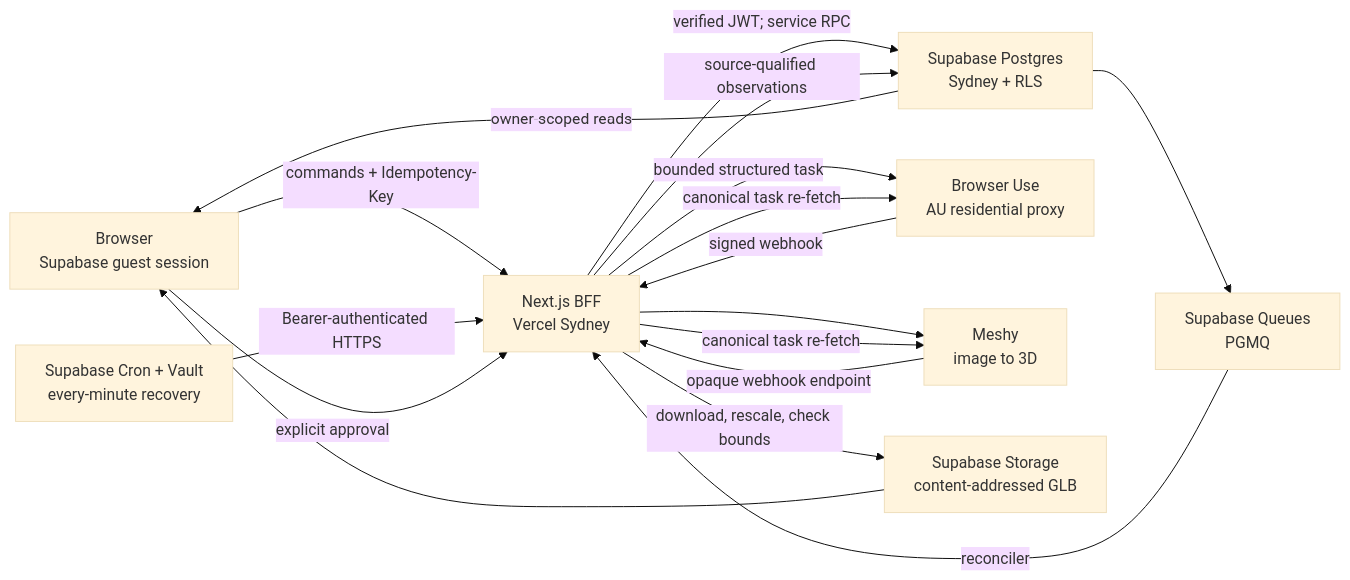
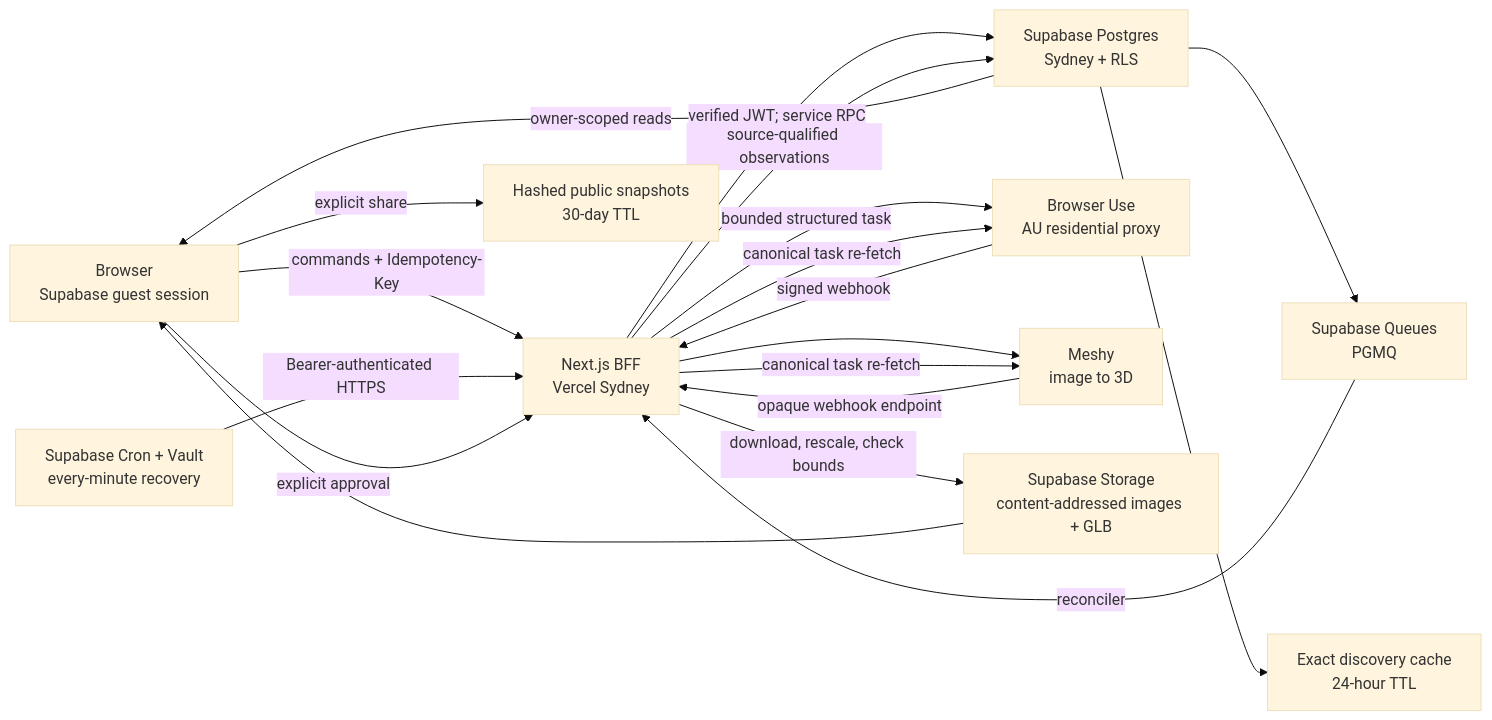
The first of 2 diagrams in docs/live-search-backend.md (tuilachit/nighthackathon), drawn with Mermaid (base theme) before and after one commit. The commit also changed other lines of this file and 81 other files, not shown here.

````diff
--- a/docs/live-search-backend.md
+++ b/docs/live-search-backend.md
@@ -9,28 +12,32 @@
 ```mermaid
 flowchart LR
   Phone["Browser\nSupabase guest session"]
   BFF["Next.js BFF\nVercel Sydney"]
   DB["Supabase Postgres\nSydney + RLS"]
+  Cache["Exact discovery cache\n24-hour TTL"]
   Q["Supabase Queues\nPGMQ"]
   Browser["Browser Use\nAU residential proxy"]
   Meshy["Meshy\nimage to 3D"]
   Scheduler["Supabase Cron + Vault\nevery-minute recovery"]
-  Store["Supabase Storage\ncontent-addressed GLB"]
+  Store["Supabase Storage\ncontent-addressed images + GLB"]
+  Share["Hashed public snapshots\n30-day TTL"]
 
   Phone -->|"commands + Idempotency-Key"| BFF
   BFF -->|"verified JWT; service RPC"| DB
   DB --> Q
+  DB --> Cache
   Scheduler -->|"Bearer-authenticated HTTPS"| BFF
   Q -->|"reconciler"| BFF
   BFF -->|"bounded structured task"| Browser
   Browser -->|"signed webhook"| BFF
   BFF -->|"canonical task re-fetch"| Browser
   BFF -->|"source-qualified observations"| DB
   Phone -->|"explicit approval"| BFF
   BFF --> Meshy
   Meshy -->|"opaque webhook endpoint"| BFF
   BFF -->|"canonical task re-fetch"| Meshy
   BFF -->|"download, rescale, check bounds"| Store
   Store --> Phone
+  Phone -->|"explicit share"| Share
   DB -->|"owner-scoped reads"| Phone
 ```
````
